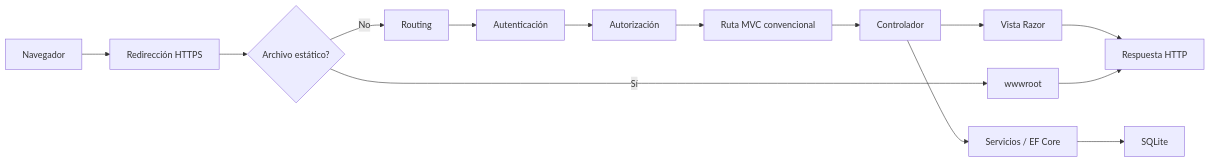
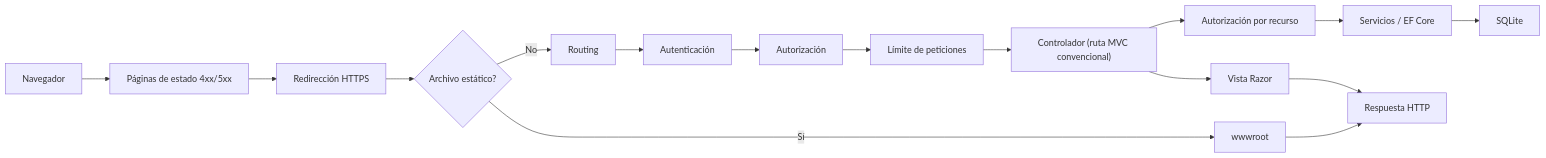
One commit to certidevs/g3_aspnet changed the diagram in docs/arquitectura.md. Above: the diagram before and after it, drawn with Mermaid. The commit also changed other lines of this file and 21 other files, not shown here.

````diff
--- a/docs/arquitectura.md
+++ b/docs/arquitectura.md
@@ -23,16 +24,18 @@
 ```mermaid
 flowchart LR
-    Browser["Navegador"] --> Redirect["Redirección HTTPS"]
+    Browser["Navegador"] --> Status["Páginas de estado 4xx/5xx"]
+    Status --> Redirect["Redirección HTTPS"]
     Redirect --> Static{"Archivo estático?"}
     Static -->|Sí| Assets["wwwroot"]
     Static -->|No| Routing["Routing"]
     Routing --> Authentication["Autenticación"]
     Authentication --> Authorization["Autorización"]
-    Authorization --> Route["Ruta MVC convencional"]
-    Route --> Controller["Controlador"]
-    Controller --> Services["Servicios / EF Core"]
+    Authorization --> Limiter["Límite de peticiones"]
+    Limiter --> Controller["Controlador (ruta MVC convencional)"]
+    Controller --> Resource["Autorización por recurso"]
+    Resource --> Services["Servicios / EF Core"]
     Services --> SQLite["SQLite"]
     Controller --> Razor["Vista Razor"]
     Razor --> Response["Respuesta HTTP"]
     Assets --> Response
 ```
````
